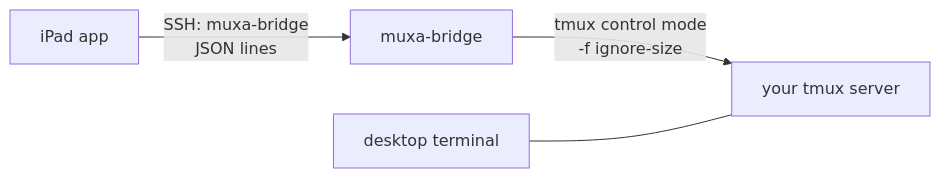
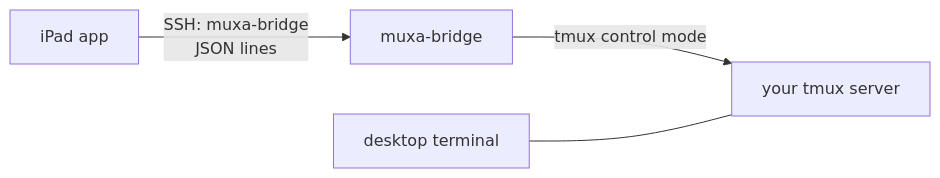
One commit to xdgetech/muxa changed the diagram in README.md. Above: the diagram before and after it, drawn with Mermaid. The commit also changed other lines of this file and 6 other files, not shown here.

````diff
--- a/README.md
+++ b/README.md
@@ -23,6 +23,6 @@
 ```mermaid
 flowchart LR
   app[iPad app] -- "SSH: muxa-bridge<br/>JSON lines" --> bridge[muxa-bridge]
-  bridge -- "tmux control mode<br/>-f ignore-size" --> tmux[your tmux server]
+  bridge -- "tmux control mode" --> tmux[your tmux server]
   desk[desktop terminal] --- tmux
 ```
````
